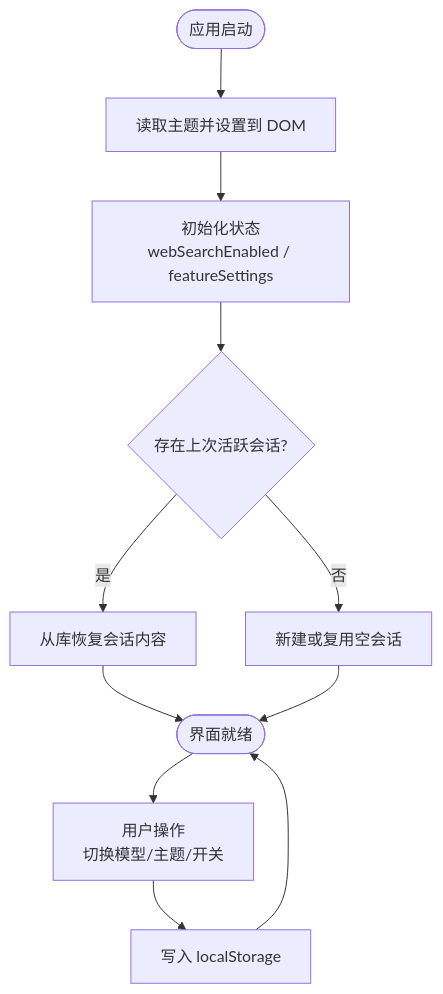
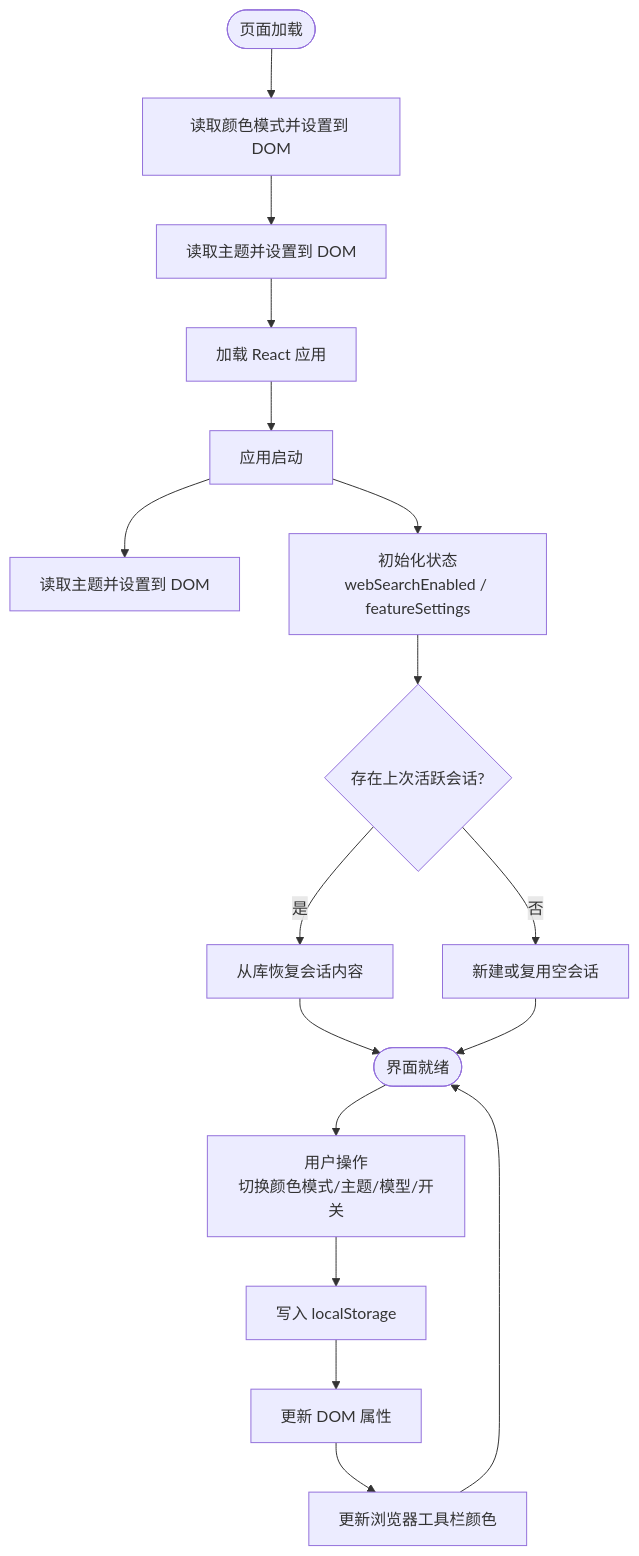
Before and after one commit to billye220670/AIShop: the third of 4 diagrams in .qoder/repowiki/zh/content/数据持久化/本地存储服务.md, drawn with Mermaid. The commit also changed other lines of this file and 44 other files, not shown here.

````diff
--- a/.qoder/repowiki/zh/content/数据持久化/本地存储服务.md
+++ b/.qoder/repowiki/zh/content/数据持久化/本地存储服务.md
@@ -161,13 +209,19 @@
 ```mermaid
 flowchart TD
-Start(["应用启动"]) --> LoadTheme["读取主题并设置到 DOM"]
-LoadTheme --> InitState["初始化状态<br/>webSearchEnabled / featureSettings"]
+Start(["页面加载"]) --> InitMode["读取颜色模式并设置到 DOM"]
+InitMode --> InitTheme["读取主题并设置到 DOM"]
+InitTheme --> LoadApp["加载 React 应用"]
+LoadApp --> AppStart["应用启动"]
+AppStart --> LoadTheme["读取主题并设置到 DOM"]
+AppStart --> InitState["初始化状态<br/>webSearchEnabled / featureSettings"]
 InitState --> RestoreConv{"存在上次活跃会话?"}
 RestoreConv --> |是| Hydrate["从库恢复会话内容"]
 RestoreConv --> |否| NewOrReuse["新建或复用空会话"]
 Hydrate --> Ready(["界面就绪"])
 NewOrReuse --> Ready
-Ready --> UserAction["用户操作<br/>切换模型/主题/开关"]
+Ready --> UserAction["用户操作<br/>切换颜色模式/主题/模型/开关"]
 UserAction --> Persist["写入 localStorage"]
-Persist --> Ready
+Persist --> UpdateDOM["更新 DOM 属性"]
+UpdateDOM --> UpdateMeta["更新浏览器工具栏颜色"]
+UpdateMeta --> Ready
 ```
````
